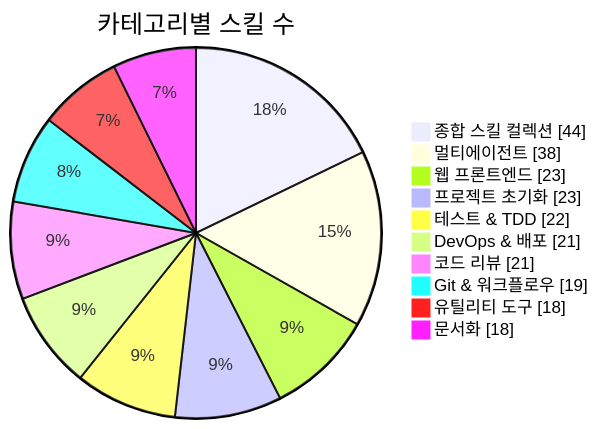
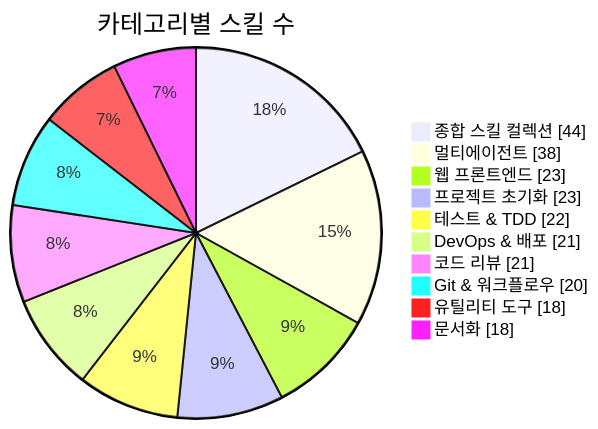
One commit to J-nowcow/awesome-korean-agent-skills changed the first of 3 diagrams in README.md. Above: the diagram before and after it, drawn with Mermaid. The commit also changed other lines of this file and 4 other files, not shown here.

````diff
--- a/README.md
+++ b/README.md
@@ -176,14 +176,14 @@
 ```mermaid
 pie showData
     title 카테고리별 스킬 수
     "종합 스킬 컬렉션" : 44
     "멀티에이전트" : 38
     "웹 프론트엔드" : 23
     "프로젝트 초기화" : 23
     "테스트 & TDD" : 22
     "DevOps & 배포" : 21
     "코드 리뷰" : 21
-    "Git & 워크플로우" : 19
+    "Git & 워크플로우" : 20
     "유틸리티 도구" : 18
     "문서화" : 18
 ```
````
